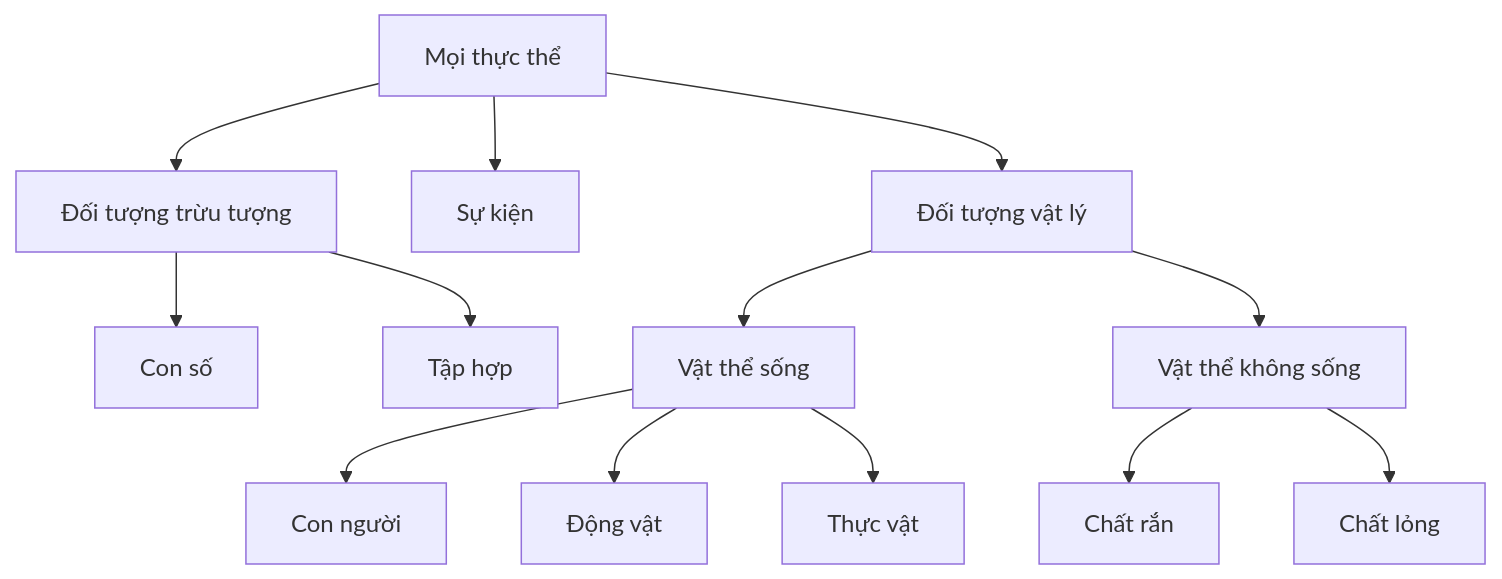
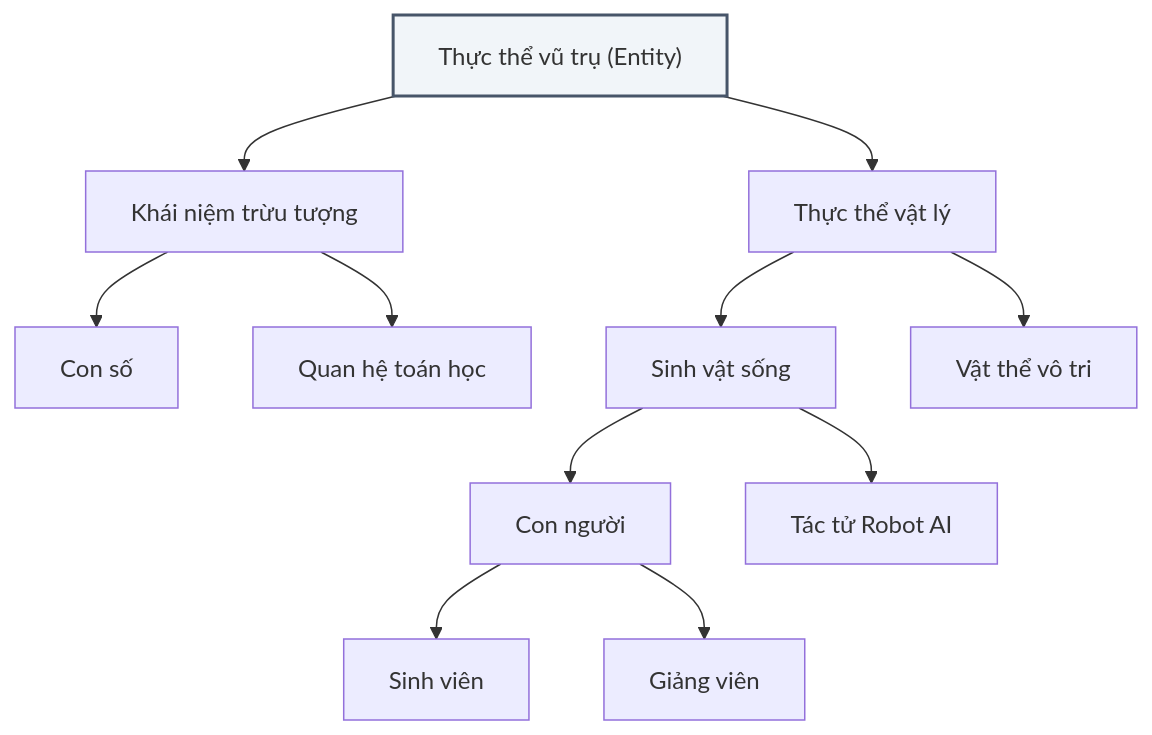
Before and after one commit to KazinMintori/StudyHub: the first of 2 diagrams in docs/bieu-dien-tri-thuc/bai-giang/14-logic-bieu-dien-tri-thuc.md, drawn with Mermaid. The commit also changed other lines of this file and 558 other files, not shown here.

````diff
--- a/docs/bieu-dien-tri-thuc/bai-giang/14-logic-bieu-dien-tri-thuc.md
+++ b/docs/bieu-dien-tri-thuc/bai-giang/14-logic-bieu-dien-tri-thuc.md
@@ -121,20 +203,21 @@
 ```mermaid
 flowchart TD
-    ANY["Mọi thực thể"]
-    ANY --> ABS["Đối tượng trừu tượng"]
-    ANY --> EVT["Sự kiện"]
-    ANY --> PHYS["Đối tượng vật lý"]
+    Entity["Thực thể vũ trụ (Entity)"]
+    Entity --> Abstract["Khái niệm trừu tượng"]
+    Entity --> Physical["Thực thể vật lý"]
 
-    ABS --> NUM["Con số"]
-    ABS --> SET["Tập hợp"]
+    Abstract --> Number["Con số"]
+    Abstract --> Relation["Quan hệ toán học"]
 
-    PHYS --> LIVING["Vật thể sống"]
-    PHYS --> NONLIVING["Vật thể không sống"]
+    Physical --> Living["Sinh vật sống"]
+    Physical --> NonLiving["Vật thể vô tri"]
 
-    LIVING --> HUMAN["Con người"]
-    LIVING --> ANIMAL["Động vật"]
-    LIVING --> PLANT["Thực vật"]
+    Living --> Human["Con người"]
+    Living --> MachineAI["Tác tử Robot AI"]
 
-    NONLIVING --> SOLID["Chất rắn"]
-    NONLIVING --> LIQUID["Chất lỏng"]
+    Human --> Student["Sinh viên"]
+    Human --> Lecturer["Giảng viên"]
+
+    classDef root fill:#f1f5f9,stroke:#475569,stroke-width:2px;
+    class Entity root;
 ```
````
